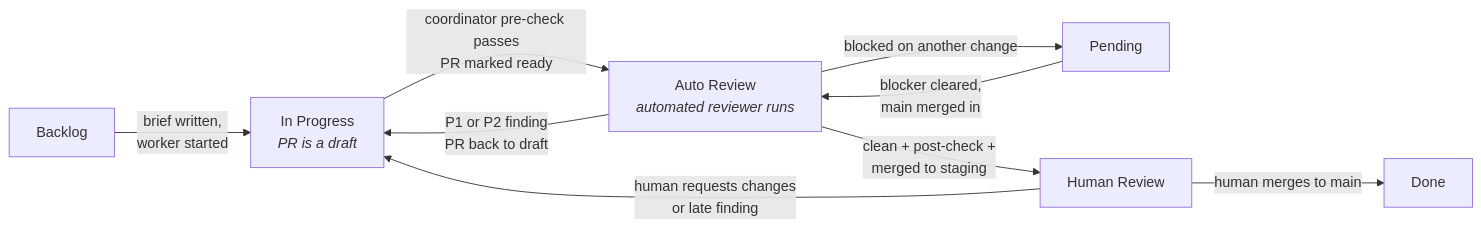
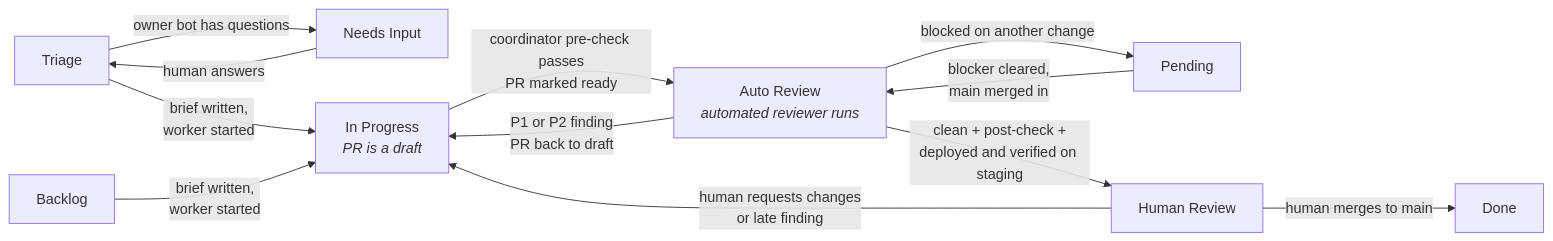
The diagram in diagrams-src/board.mmd (tangentcode/methodology), drawn with Mermaid before and after one commit. The commit also changed 12 other files, not shown here.

First line of the commit message:
Workflow: Triage starts with options, a human decision, then a brief or Needs Input

```diff
--- a/diagrams-src/board.mmd
+++ b/diagrams-src/board.mmd
@@ -1,9 +1,12 @@
 flowchart LR
-    B[Backlog] -->|brief written,<br/>worker started| IP[In Progress<br/><i>PR is a draft</i>]
+    T[Triage] -->|owner bot has questions| NI[Needs Input]
+    T -->|brief written,<br/>worker started| IP[In Progress<br/><i>PR is a draft</i>]
+    NI -->|human answers| T
+    B[Backlog] -->|brief written,<br/>worker started| IP
     IP -->|coordinator pre-check passes<br/>PR marked ready| AR[Auto Review<br/><i>automated reviewer runs</i>]
     AR -->|P1 or P2 finding<br/>PR back to draft| IP
     AR -->|blocked on another change| P[Pending]
     P -->|blocker cleared,<br/>main merged in| AR
-    AR -->|clean + post-check +<br/>merged to staging| HR[Human Review]
+    AR -->|clean + post-check +<br/>deployed and verified on staging| HR[Human Review]
     HR -->|human requests changes<br/>or late finding| IP
     HR -->|human merges to main| D[Done]
```
